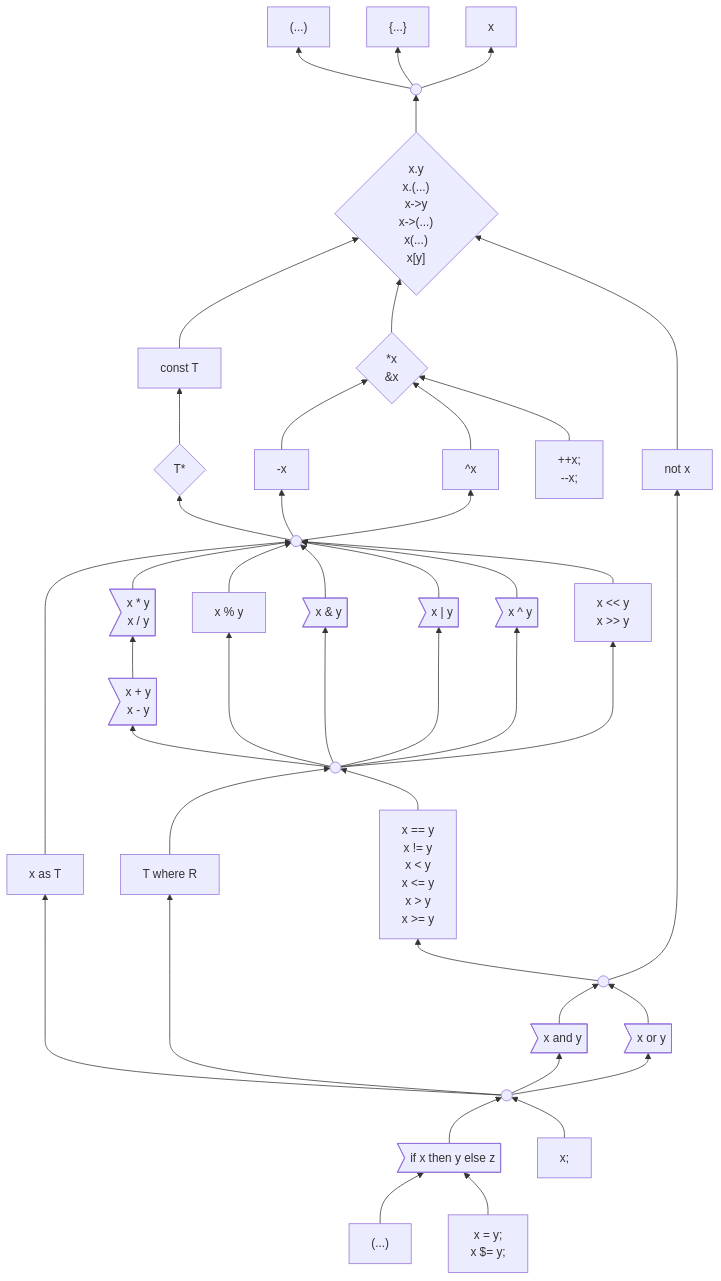
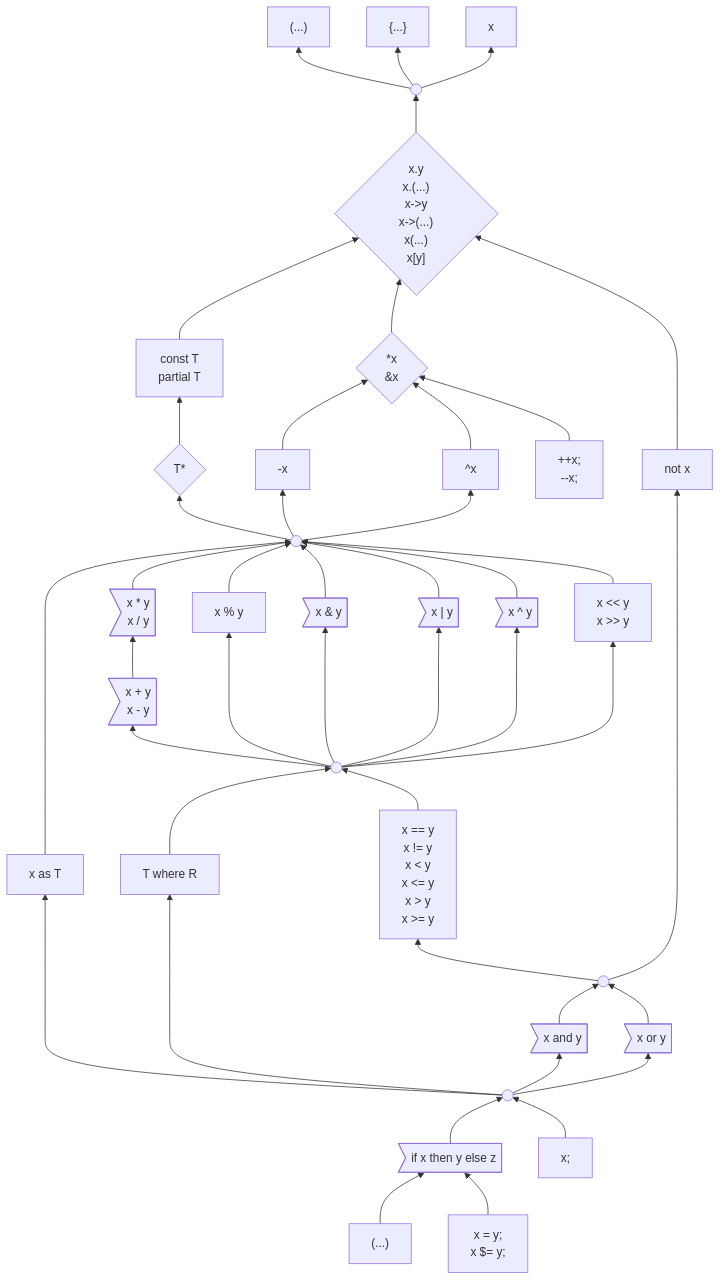
Before and after one commit to bricknerb/carbon-lang: the first of 3 diagrams in docs/design/expressions/README.md, drawn with Mermaid.

Commit message:
Add `partial` to the precedence diagram. (#5749)
Following the decision in #5010.

```diff
--- a/docs/design/expressions/README.md
+++ b/docs/design/expressions/README.md
@@ -72,7 +72,8 @@
                x[y]"}
     click suffixOps "https://github.com/carbon-language/carbon-lang/blob/trunk/docs/design/expressions/README.md#suffix-operators"
 
-    constType["const T"]
+    qualifiedType["const T
+                   partial T"]
     click pointer-type "https://github.com/carbon-language/carbon-lang/blob/trunk/docs/design/expressions/type_operators.md"
 
     pointerType{"T*"}
@@ -159,8 +160,8 @@
 
     suffixOps --> top
 
-    constType --> suffixOps
-    pointerType --> constType
+    qualifiedType --> suffixOps
+    pointerType --> qualifiedType
 
     pointer --> suffixOps
     negation & complement & incDec --> pointer
```
